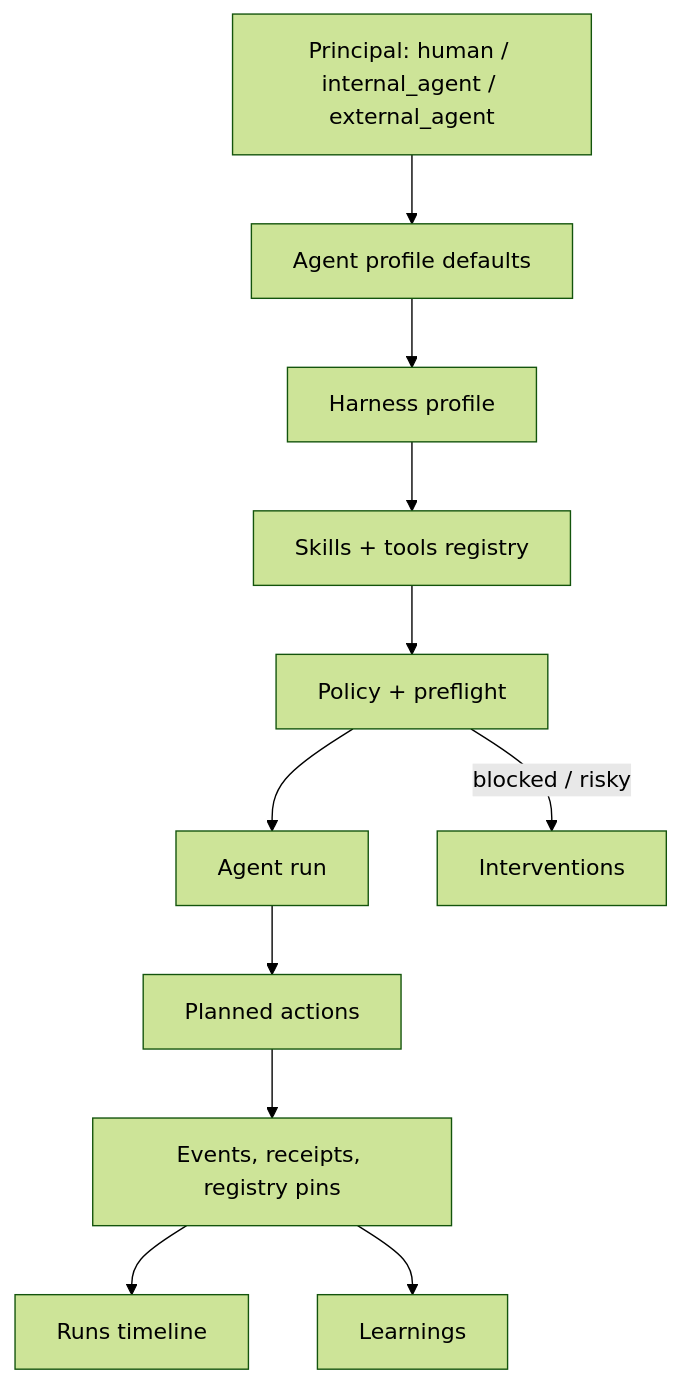
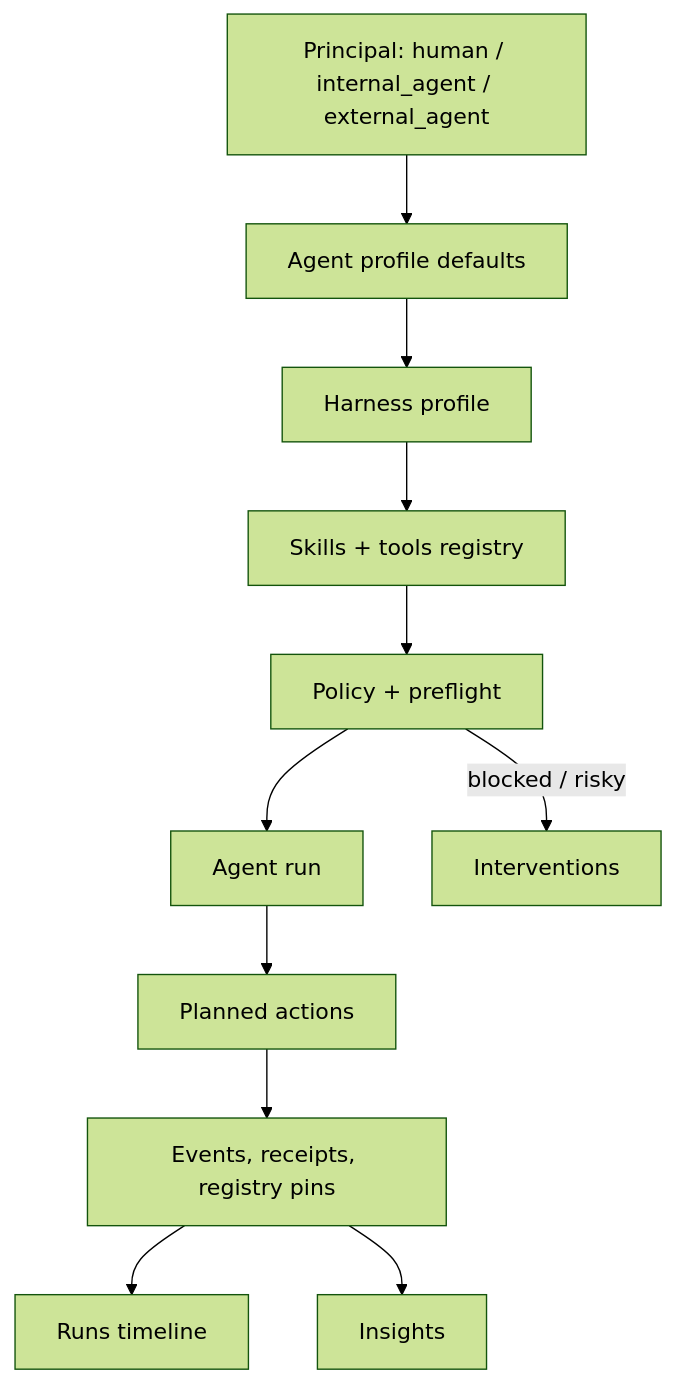
Before and after one commit to ai-knowledge-hub/deep-dive-analysis-agentic-commerce-augmentation: the second of 3 diagrams in docs/ux-flow-schema.md, drawn with Mermaid (forest theme). The commit also changed other lines of this file and 10 other files, not shown here.

````diff
--- a/docs/ux-flow-schema.md
+++ b/docs/ux-flow-schema.md
@@ -62,23 +62,23 @@
 ```mermaid
 flowchart TD
     Principal["Principal: human / internal_agent / external_agent"]
     Profile["Agent profile defaults"]
     Harness["Harness profile"]
     Registry["Skills + tools registry"]
     Policy["Policy + preflight"]
     Run["Agent run"]
     Actions["Planned actions"]
     Receipts["Events, receipts, registry pins"]
 
     Principal --> Profile
     Profile --> Harness
     Harness --> Registry
     Registry --> Policy
     Policy --> Run
     Run --> Actions
     Actions --> Receipts
 
     Policy -- "blocked / risky" --> Interventions["Interventions"]
     Receipts --> Runs["Runs timeline"]
-    Receipts --> Learnings["Learnings"]
+    Receipts --> Insights["Insights"]
 ```
````
